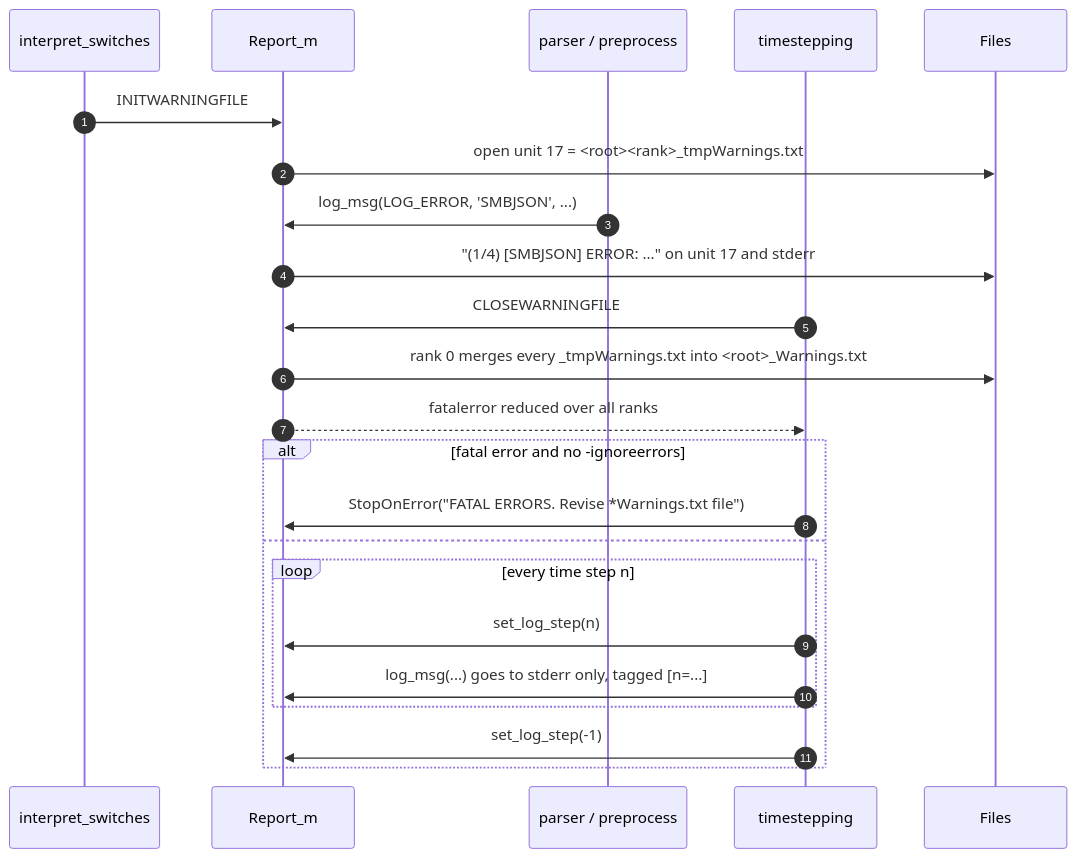
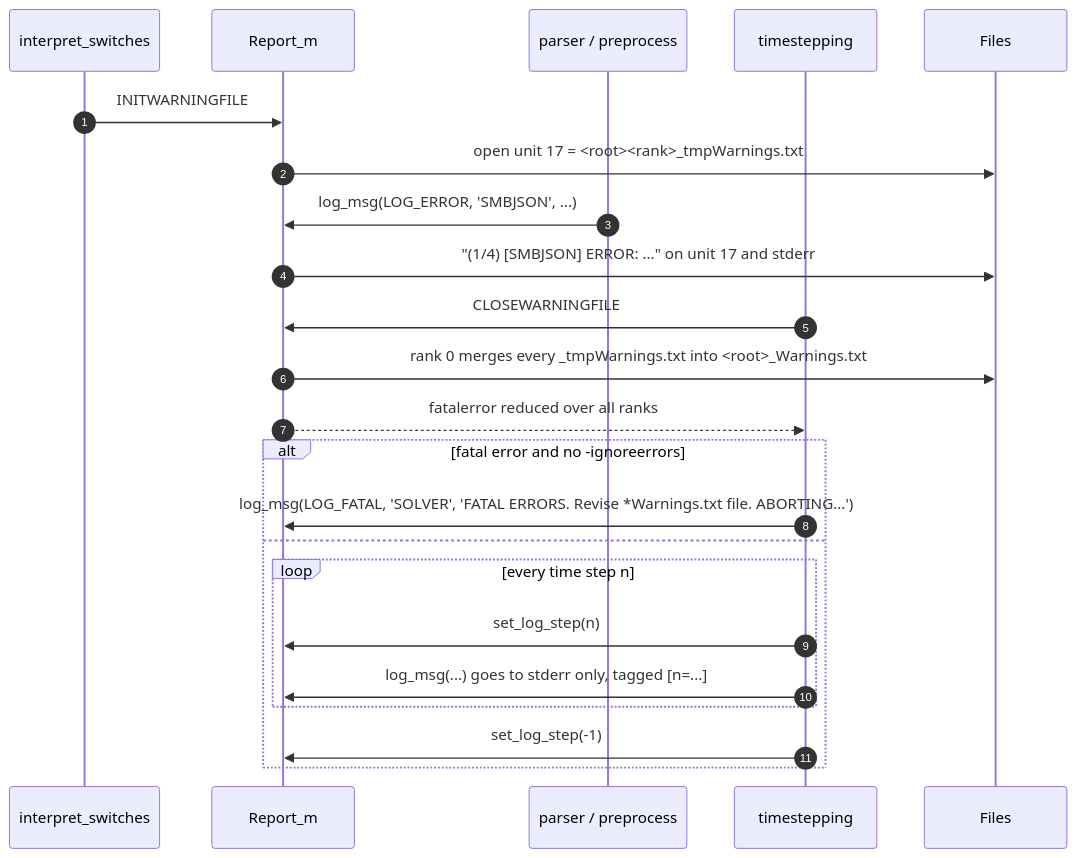
One commit to OpenSEMBA/fdtd changed the third of 3 diagrams in doc/logging.md. Above: the diagram before and after it, drawn with Mermaid. The commit also changed other lines of this file and 1 other file, not shown here.

Commit message:
FDTD | docs | ELEMDEV-80 | Document LOG_FATAL and set_log_rank in logging guide and AGENTS

````diff
--- a/doc/logging.md
+++ b/doc/logging.md
@@ -79,26 +80,26 @@
 ```mermaid
 sequenceDiagram
     autonumber
     participant Sw as interpret_switches
     participant Rep as Report_m
     participant Pre as parser / preprocess
     participant TS as timestepping
     participant FS as Files
 
     Sw->>Rep: INITWARNINGFILE
     Rep->>FS: open unit 17 = <root><rank>_tmpWarnings.txt
     Pre->>Rep: log_msg(LOG_ERROR, 'SMBJSON', ...)
     Rep->>FS: "(1/4) [SMBJSON] ERROR: ..." on unit 17 and stderr
     TS->>Rep: CLOSEWARNINGFILE
     Rep->>FS: rank 0 merges every _tmpWarnings.txt into <root>_Warnings.txt
     Rep-->>TS: fatalerror reduced over all ranks
     alt fatal error and no -ignoreerrors
-        TS->>Rep: StopOnError("FATAL ERRORS. Revise *Warnings.txt file")
+        TS->>Rep: log_msg(LOG_FATAL, 'SOLVER', 'FATAL ERRORS. Revise *Warnings.txt file. ABORTING...')
     else
         loop every time step n
             TS->>Rep: set_log_step(n)
             TS->>Rep: log_msg(...) goes to stderr only, tagged [n=...]
         end
         TS->>Rep: set_log_step(-1)
     end
 ```
````
